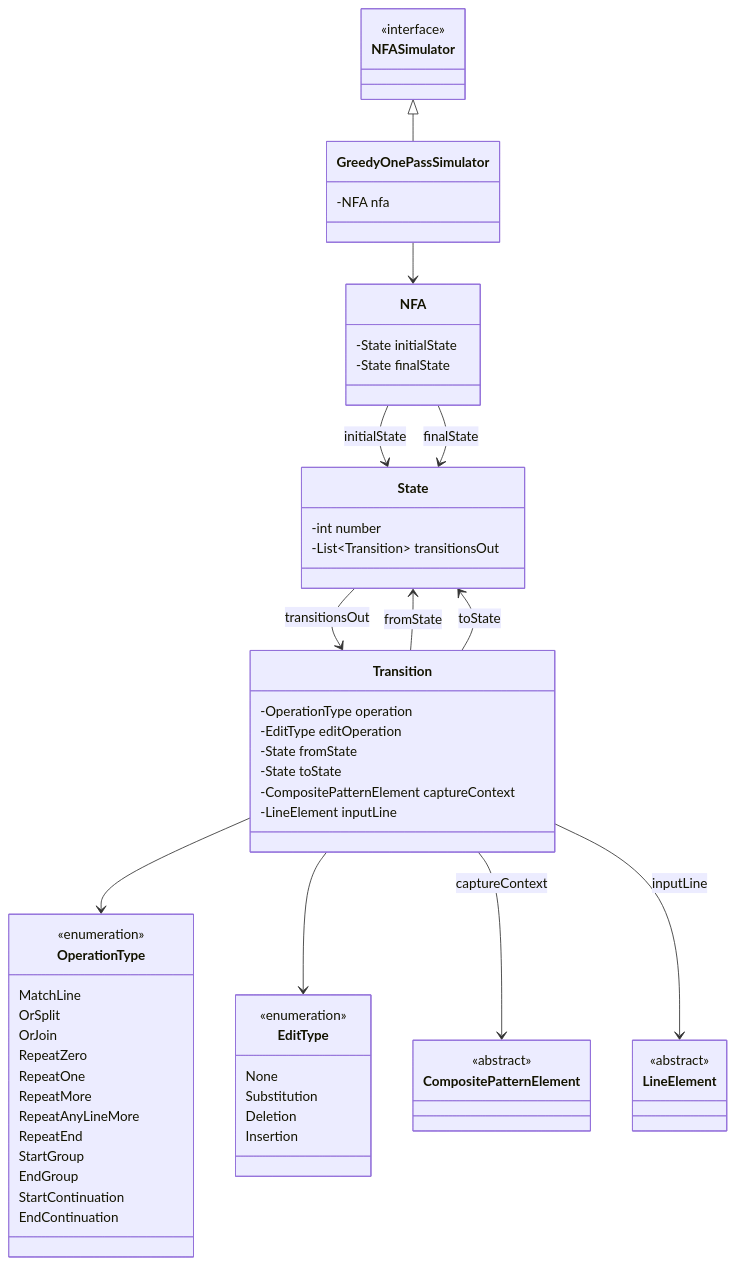
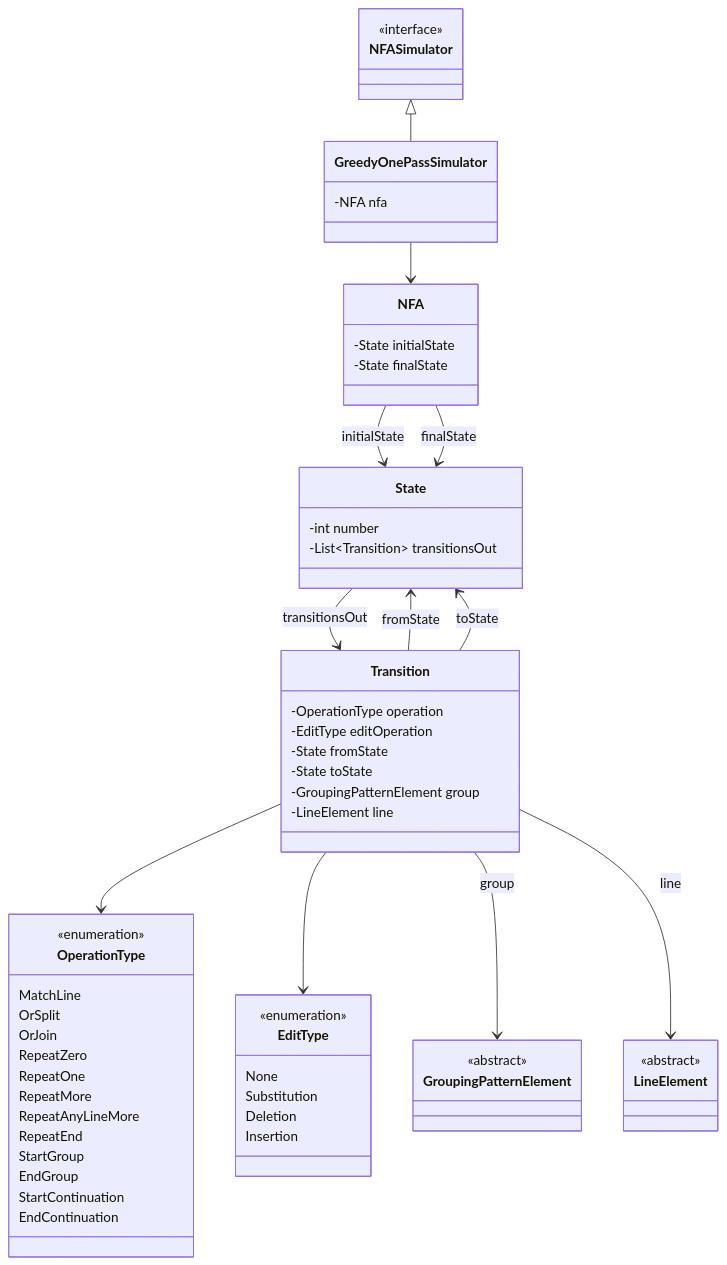
Before and after one commit to evillrich/drex-java: the diagram in docs/nfa_classes.mermaid, drawn with Mermaid.

Commit message:
Renamed line and group properities on Transition

```diff
--- a/docs/nfa_classes.mermaid
+++ b/docs/nfa_classes.mermaid
@@ -1,71 +1,71 @@
 classDiagram
     class NFA {
         -State initialState
         -State finalState
     }
 
     class State {
         -int number
         -List~Transition~ transitionsOut
     }
 
     class Transition {
         -OperationType operation
         -EditType editOperation
         -State fromState
         -State toState
-        -CompositePatternElement captureContext
-        -LineElement inputLine
+        -GroupingPatternElement group
+        -LineElement line
     }
 
     class NFASimulator {
         <<interface>>
     }
 
     class GreedyOnePassSimulator {
         -NFA nfa
     }
 
     class OperationType {
         <<enumeration>>
         MatchLine
         OrSplit
         OrJoin
         RepeatZero
         RepeatOne
         RepeatMore
         RepeatAnyLineMore
         RepeatEnd
         StartGroup
         EndGroup
         StartContinuation
         EndContinuation
     }
 
-    class CompositePatternElement {
+    class GroupingPatternElement {
         <<abstract>>
     }
 
     class LineElement {
         <<abstract>>
     }
 
     class EditType {
         <<enumeration>>
         None
         Substitution
         Deletion
         Insertion
     }
 
     NFA --> State : initialState
     NFA --> State : finalState
     State --> Transition : transitionsOut
     Transition --> State : fromState
     Transition --> State : toState
     Transition --> OperationType
     Transition --> EditType
-    Transition --> CompositePatternElement : captureContext
-    Transition --> LineElement : inputLine
+    Transition --> GroupingPatternElement : group
+    Transition --> LineElement : line
     NFASimulator <|-- GreedyOnePassSimulator
     GreedyOnePassSimulator --> NFA
```
